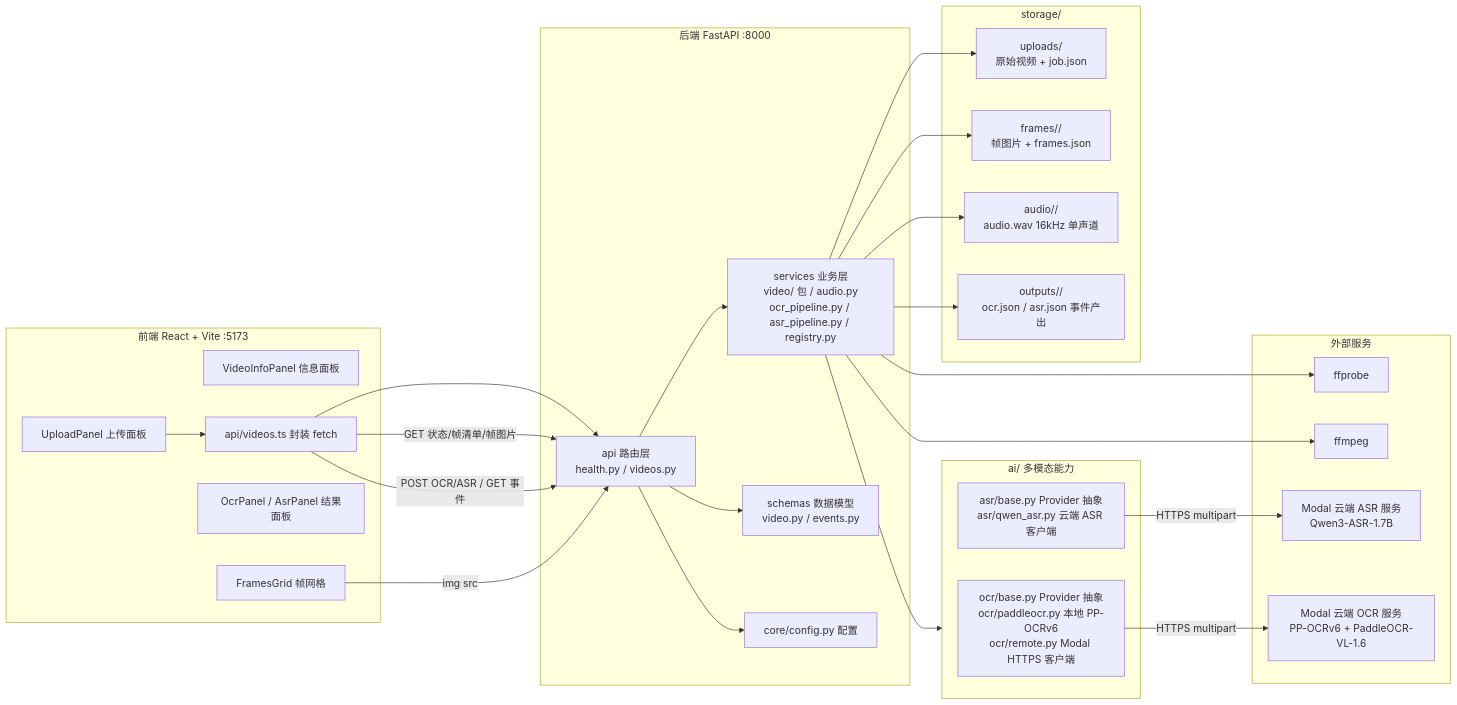
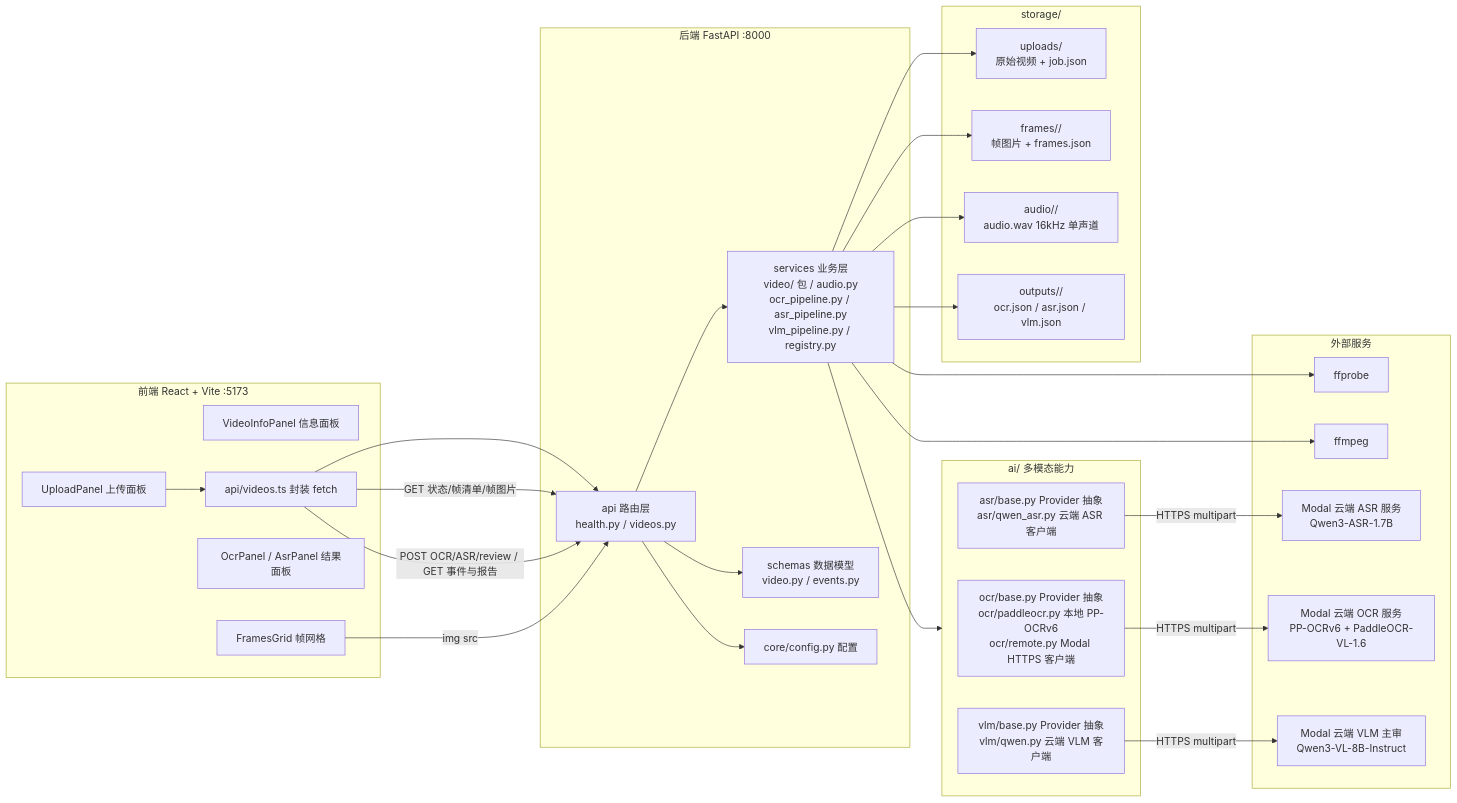
One commit to NCHU-2026-AI-Competition-Team/ai-comic-review changed the diagram in docs/architecture.md. Above: the diagram before and after it, drawn with Mermaid. The commit also changed other lines of this file and 19 other files, not shown here.

First line of the commit message:
feat(vlm): 接入本地 VLM Provider 与审核管线

````diff
--- a/docs/architecture.md
+++ b/docs/architecture.md
@@ -5,53 +5,56 @@
 ```mermaid
 flowchart LR
     subgraph 前端[前端 React + Vite :5173]
         UP[UploadPanel 上传面板]
         VP[VideoInfoPanel 信息面板]
         FG[FramesGrid 帧网格]
         OP[OcrPanel / AsrPanel 结果面板]
         API[api/videos.ts 封装 fetch]
     end
 
     subgraph 后端[后端 FastAPI :8000]
         ROUTE[api 路由层<br/>health.py / videos.py]
-        SVC[services 业务层<br/>video/ 包 / audio.py<br/>ocr_pipeline.py / asr_pipeline.py / registry.py]
+        SVC[services 业务层<br/>video/ 包 / audio.py<br/>ocr_pipeline.py / asr_pipeline.py<br/>vlm_pipeline.py / registry.py]
         SCHEMA[schemas 数据模型<br/>video.py / events.py]
         CFG[core/config.py 配置]
     end
 
     subgraph AI[ai/ 多模态能力]
         OCRP[ocr/base.py Provider 抽象<br/>ocr/paddleocr.py 本地 PP-OCRv6<br/>ocr/remote.py Modal HTTPS 客户端]
         ASRP[asr/base.py Provider 抽象<br/>asr/qwen_asr.py 云端 ASR 客户端]
+        VLMP[vlm/base.py Provider 抽象<br/>vlm/qwen.py 云端 VLM 客户端]
     end
 
     subgraph 外部服务
         FFP[ffprobe]
         FFM[ffmpeg]
         MODAL[Modal 云端 ASR 服务<br/>Qwen3-ASR-1.7B]
         MODALOCR[Modal 云端 OCR 服务<br/>PP-OCRv6 + PaddleOCR-VL-1.6]
+        MODALVLM[Modal 云端 VLM 主审<br/>Qwen3-VL-8B-Instruct]
     end
 
     subgraph 磁盘[storage/]
         UPL[uploads/<br/>原始视频 + job.json]
         FRM[frames/<video_id>/<br/>帧图片 + frames.json]
         AUD[audio/<video_id>/<br/>audio.wav 16kHz 单声道]
-        OUT[outputs/<video_id>/<br/>ocr.json / asr.json 事件产出]
+        OUT[outputs/<video_id>/<br/>ocr.json / asr.json / vlm.json]
     end
 
     UP --> API --> ROUTE
     ROUTE --> SVC
     SVC --> AI
     ASRP -->|HTTPS multipart| MODAL
     OCRP -->|HTTPS multipart| MODALOCR
+    VLMP -->|HTTPS multipart| MODALVLM
     SVC --> FFP
     SVC --> FFM
     SVC --> UPL
     SVC --> FRM
     SVC --> AUD
     SVC --> OUT
     ROUTE --> SCHEMA
     ROUTE --> CFG
     API -->|GET 状态/帧清单/帧图片| ROUTE
-    API -->|POST OCR/ASR / GET 事件| ROUTE
+    API -->|POST OCR/ASR/review / GET 事件与报告| ROUTE
     FG -->|img src| ROUTE
 ```
````
